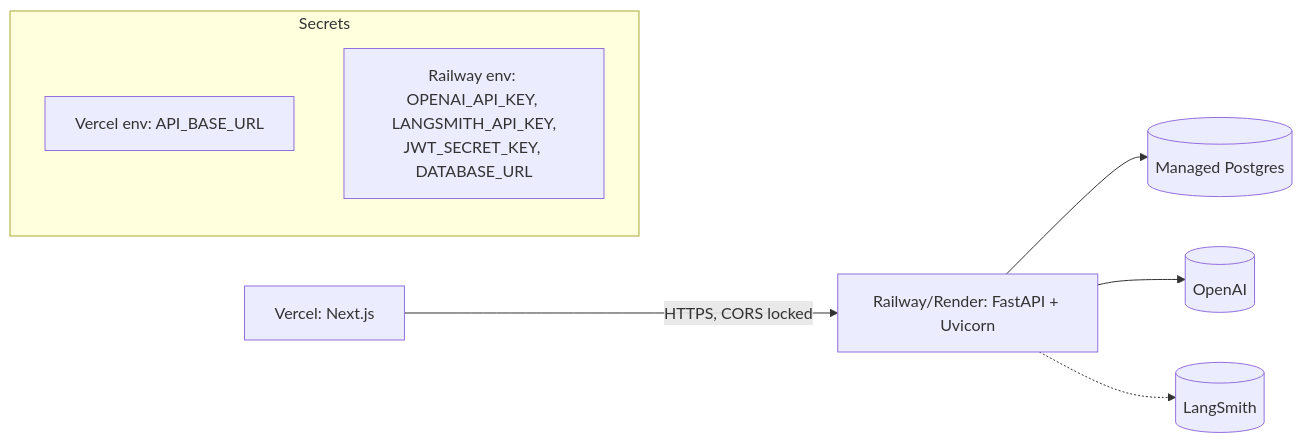
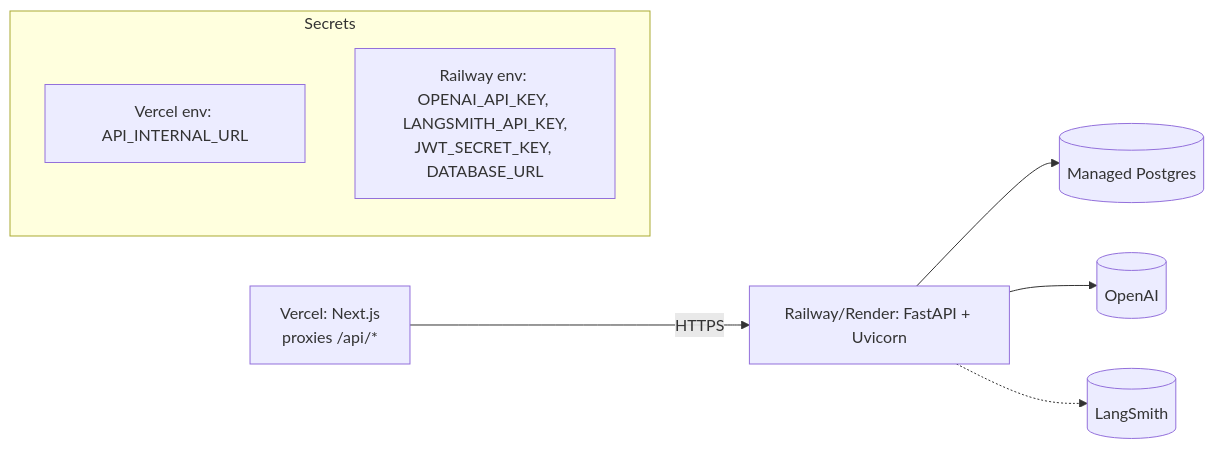
One commit to ShreyasUpadhyaya/inventorymantra changed the fifth of 6 diagrams in docs/Architecture.md. Above: the diagram before and after it, drawn with Mermaid. The commit also changed other lines of this file and 38 other files, not shown here.

````diff
--- a/docs/Architecture.md
+++ b/docs/Architecture.md
@@ -175,11 +175,11 @@
 ```mermaid
 flowchart LR
-  V[Vercel: Next.js] -->|HTTPS, CORS locked| R[Railway/Render: FastAPI + Uvicorn]
+  V[Vercel: Next.js<br/>proxies /api/*] -->|HTTPS| R[Railway/Render: FastAPI + Uvicorn]
   R --> P[(Managed Postgres)]
   R --> O[(OpenAI)]
   R -.-> L[(LangSmith)]
   subgraph Secrets
-    VS[Vercel env: API_BASE_URL]
+    VS[Vercel env: API_INTERNAL_URL]
     RS[Railway env: OPENAI_API_KEY, LANGSMITH_API_KEY,<br/>JWT_SECRET_KEY, DATABASE_URL]
   end
 ```
````
